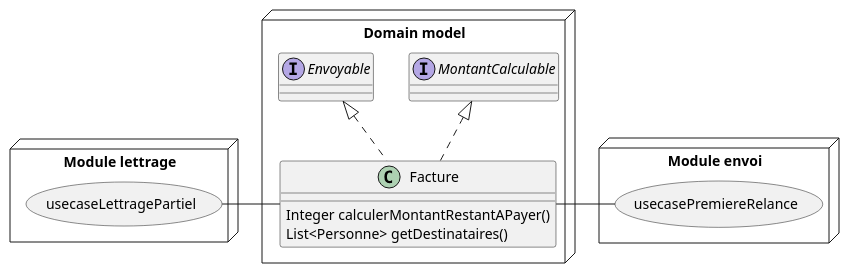
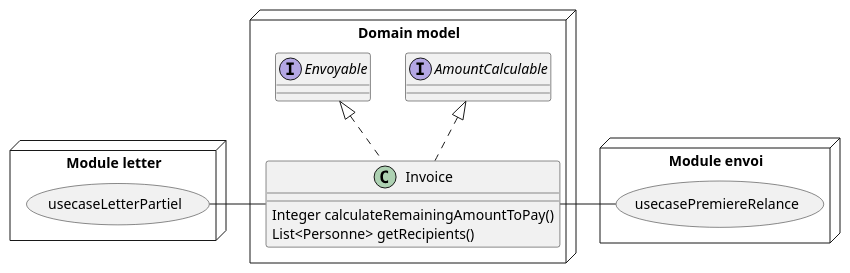
One commit to t4w4n3/articles-again changed the second of 2 diagrams in java17.adoc. Above: the diagram before and after it, drawn with PlantUML. The commit also changed other lines of this file, not shown here.

```diff
--- a/java17.adoc
+++ b/java17.adoc
@@ -82,29 +83,29 @@
-[plantuml,Modèle de domaine avec Facture et cas d’utilisation,png]
+[plantuml,Modèle de domaine avec Invoice et cas d’utilisation,png]
 ----
 @startuml
 allow_mixing
 
 node "Domain model" {
 
 
-	class Facture implements MontantCalculable, Envoyable {
-	Integer calculerMontantRestantAPayer()
-	List<Personne> getDestinataires()
+	class Invoice implements AmountCalculable, Envoyable {
+	Integer calculateRemainingAmountToPay()
+	List<Personne> getRecipients()
   }
 
-  interface MontantCalculable
+  interface AmountCalculable
   interface Envoyable
 }
 
-node "Module lettrage" {
-  usecase usecaseLettragePartiel
-  usecaseLettragePartiel - Facture
+node "Module letter" {
+  usecase usecaseLetterPartiel
+  usecaseLetterPartiel - Invoice
 }
 
 node "Module envoi" {
   usecase usecasePremiereRelance
-  usecasePremiereRelance - Facture
+  usecasePremiereRelance - Invoice
 }
 
 @enduml
 ----
```
